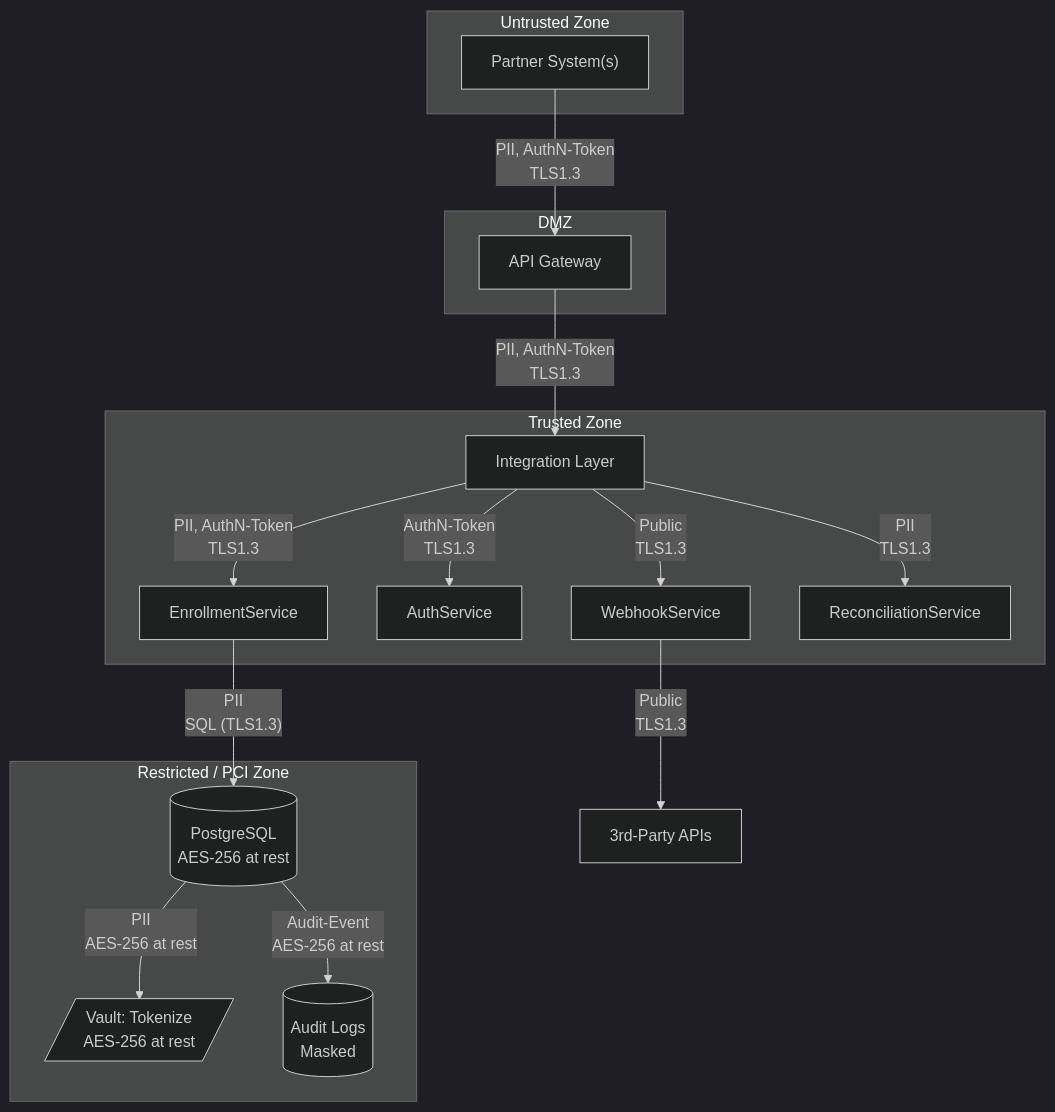
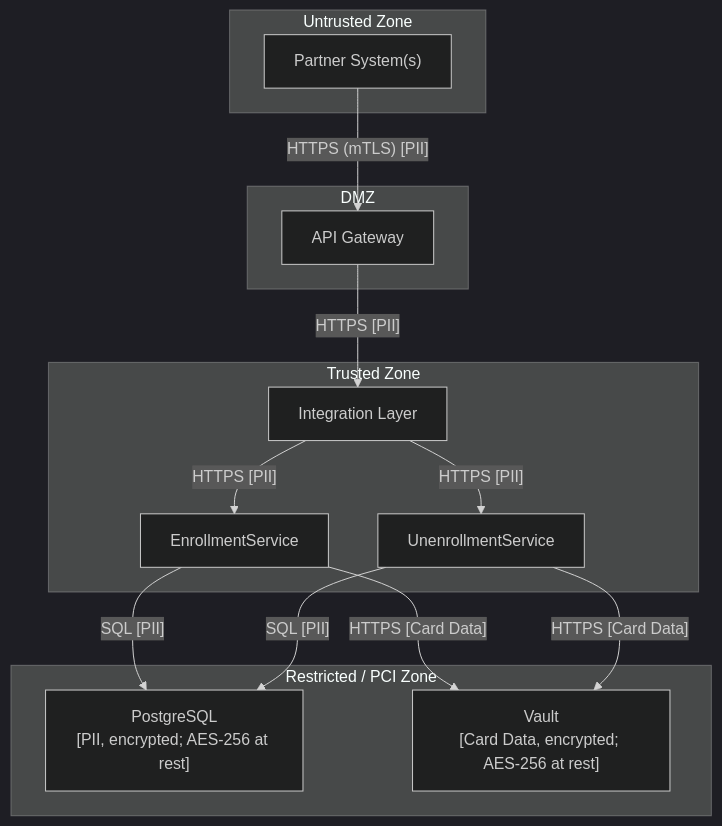
One commit to nandhini9074-create/demo7-enrollment changed the second of 2 diagrams in docs/architecture.md. Above: the diagram before and after it, drawn with Mermaid (dark theme). The commit also changed other lines of this file and 5 other files, not shown here.

````diff
--- a/docs/architecture.md
+++ b/docs/architecture.md
@@ -67,35 +66,30 @@
 ```mermaid
 flowchart TD
-  subgraph untrusted ["Untrusted Zone"]
-    partner["Partner System(s)"]
-  end
+    subgraph untrusted ["Untrusted Zone"]
+        partner["Partner System(s)"]
+    end
 
-  subgraph dmz ["DMZ"]
-    apiGw["API Gateway"]
-  end
+    subgraph dmz ["DMZ"]
+        apiGw["API Gateway"]
+    end
 
-  subgraph trusted ["Trusted Zone"]
-    integrationLayer["Integration Layer"]
-    enrollmentSvc["EnrollmentService"]
-    authSvc["AuthService"]
-    webhookSvc["WebhookService"]
-    reconciliationSvc["ReconciliationService"]
-  end
+    subgraph trustedZone ["Trusted Zone"]
+        integrationLayer["Integration Layer"]
+        enrollmentSvc["EnrollmentService"]
+        unenrollmentSvc["UnenrollmentService"]
+    end
 
-  subgraph restrictedPCI ["Restricted / PCI Zone"]
-    db[(PostgreSQL<br/>AES-256 at rest)]
-    vault[/"Vault: Tokenize<br/>AES-256 at rest"/]
-    logs[("Audit Logs<br/>Masked")]
-  end
+    subgraph restrictedZone ["Restricted / PCI Zone"]
+        postgres["PostgreSQL<br/>[PII, encrypted; AES-256 at rest]"]
+        vault["Vault<br/>[Card Data, encrypted; AES-256 at rest]"]
+    end
 
-  partner -- "PII, AuthN-Token<br/>TLS1.3" --> apiGw
-  apiGw -- "PII, AuthN-Token<br/>TLS1.3" --> integrationLayer
-  integrationLayer -- "PII, AuthN-Token<br/>TLS1.3" --> enrollmentSvc
-  enrollmentSvc -- "PII<br/>SQL (TLS1.3)" --> db
-  db -- "PII<br/>AES-256 at rest" --> vault
-  db -- "Audit-Event<br/>AES-256 at rest" --> logs
-  integrationLayer -- "AuthN-Token<br/>TLS1.3" --> authSvc
-  integrationLayer -- "Public<br/>TLS1.3" --> webhookSvc
-  integrationLayer -- "PII<br/>TLS1.3" --> reconciliationSvc
-  webhookSvc -- "Public<br/>TLS1.3" --> externalApi["3rd-Party APIs"]
+    partner -- "HTTPS (mTLS) [PII]" --> apiGw
+    apiGw -- "HTTPS [PII]" --> integrationLayer
+    integrationLayer -- "HTTPS [PII]" --> enrollmentSvc
+    integrationLayer -- "HTTPS [PII]" --> unenrollmentSvc
+    enrollmentSvc -- "SQL [PII]" --> postgres
+    unenrollmentSvc -- "SQL [PII]" --> postgres
+    enrollmentSvc -- "HTTPS [Card Data]" --> vault
+    unenrollmentSvc -- "HTTPS [Card Data]" --> vault
 ```
````
